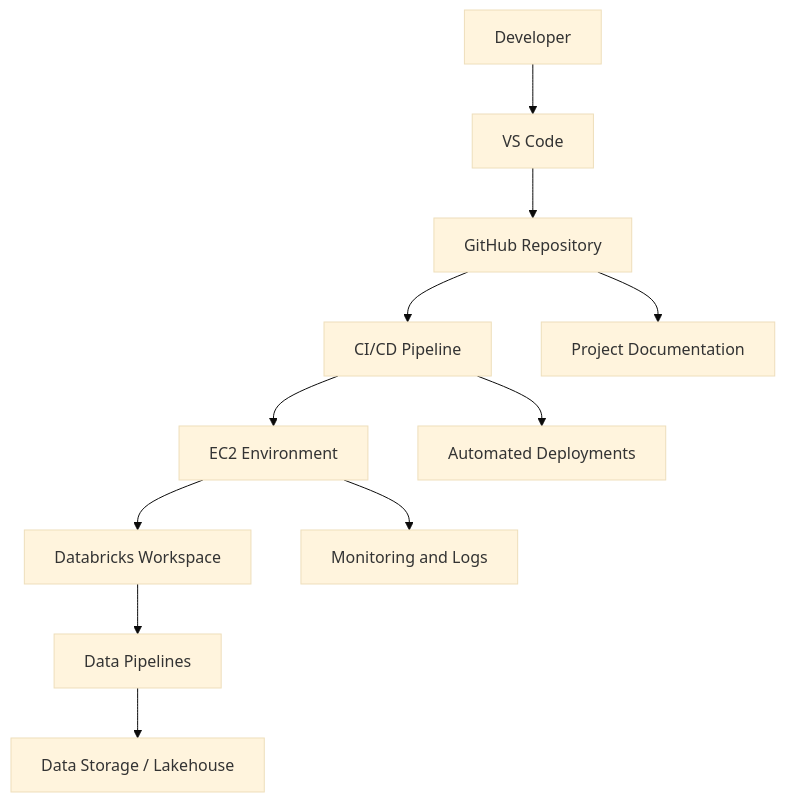
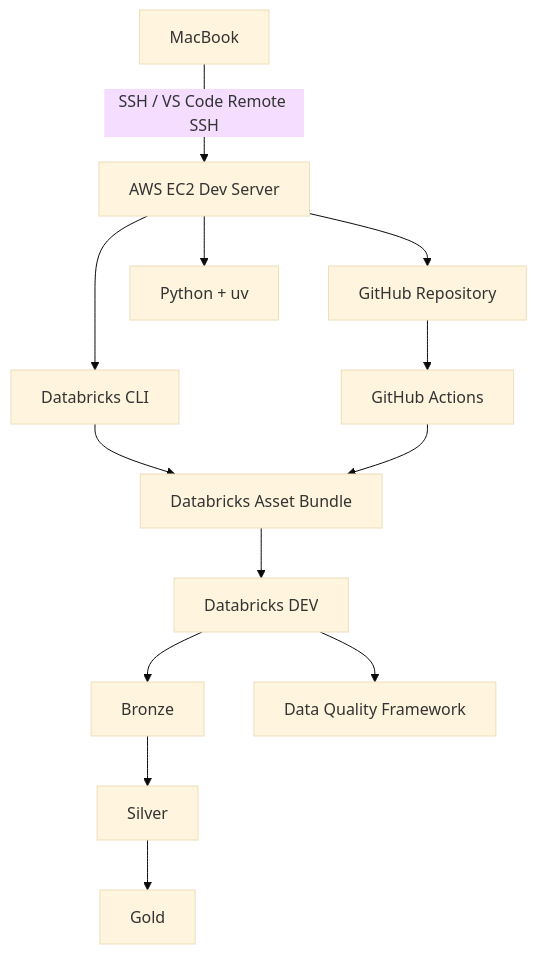
Before and after one commit to PARESHRANJAN299/data-engineering-devops-stack: the diagram in PROJECT_TRACKER.md, drawn with Mermaid (base theme). The commit also changed other lines of this file, not shown here.

Commit message:
Update Phase 1 EC2 SSH tracker

````diff
--- a/PROJECT_TRACKER.md
+++ b/PROJECT_TRACKER.md
@@ -110,13 +308,15 @@
 ```mermaid
 flowchart TD
-    A[Developer] --> B[VS Code]
+    A[MacBook] -->|SSH / VS Code Remote SSH| B[AWS EC2 Dev Server]
     B --> C[GitHub Repository]
-    C --> D[CI/CD Pipeline]
-    D --> E[EC2 Environment]
-    E --> F[Databricks Workspace]
-    F --> G[Data Pipelines]
-    G --> H[Data Storage / Lakehouse]
-    E --> I[Monitoring and Logs]
-    C --> J[Project Documentation]
-    D --> K[Automated Deployments]
+    B --> D[Python + uv]
+    B --> E[Databricks CLI]
+    E --> F[Databricks Asset Bundle]
+    F --> G[Databricks DEV]
+    G --> H[Bronze]
+    H --> I[Silver]
+    I --> J[Gold]
+    G --> K[Data Quality Framework]
+    C --> L[GitHub Actions]
+    L --> F
 ```
````
